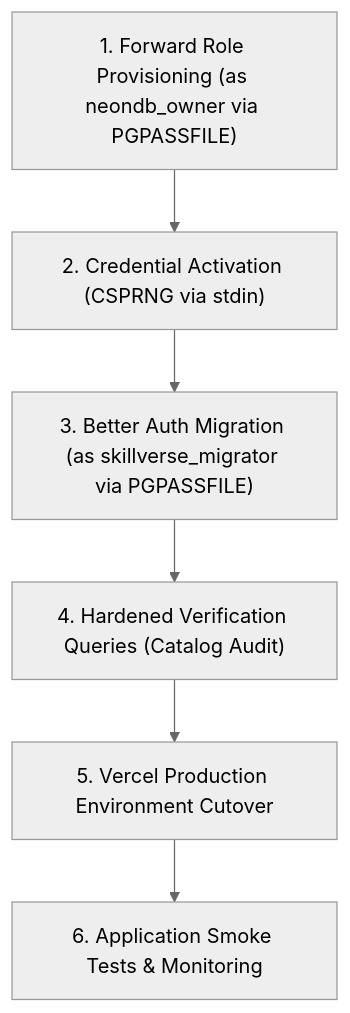
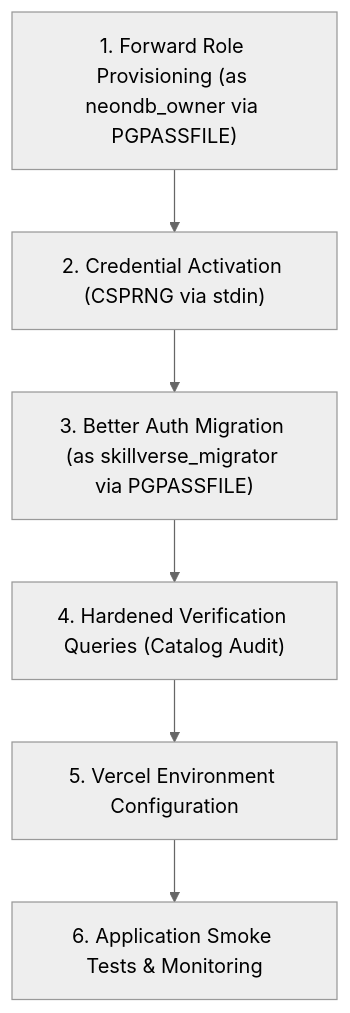
One commit to siddharthkadbhane-pixel/SkillVerse changed the diagram in docs/PHASE_44_PRODUCTION_RUNBOOK.md. Above: the diagram before and after it, drawn with Mermaid (neutral theme). The commit also changed other lines of this file and 3 other files, not shown here.

````diff
--- a/docs/PHASE_44_PRODUCTION_RUNBOOK.md
+++ b/docs/PHASE_44_PRODUCTION_RUNBOOK.md
@@ -51,8 +79,8 @@
 ```mermaid
 flowchart TD
     S1["1. Forward Role Provisioning (as neondb_owner via PGPASSFILE)"] --> S2["2. Credential Activation (CSPRNG via stdin)"]
     S2 --> S3["3. Better Auth Migration (as skillverse_migrator via PGPASSFILE)"]
     S3 --> S4["4. Hardened Verification Queries (Catalog Audit)"]
-    S4 --> S5["5. Vercel Production Environment Cutover"]
+    S4 --> S5["5. Vercel Environment Configuration"]
     S5 --> S6["6. Application Smoke Tests & Monitoring"]
 ```
````
